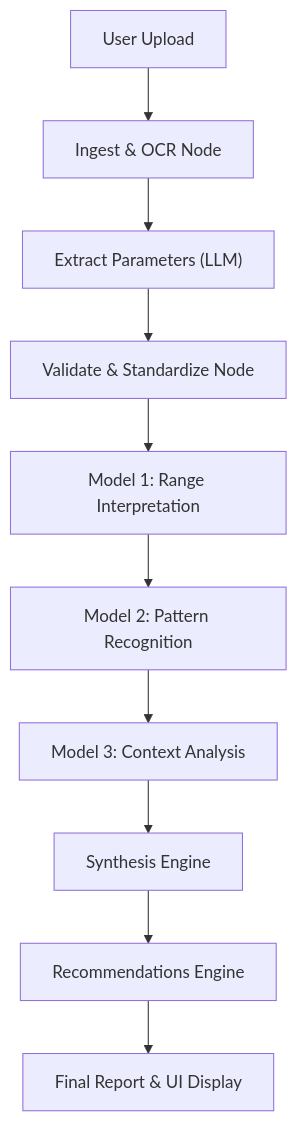
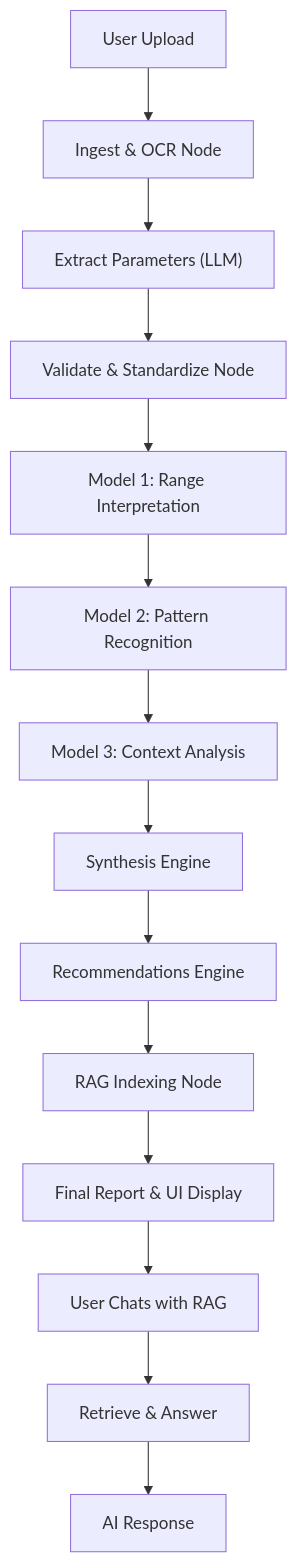
One commit to Likithsatya192/Multi-Model-AI-Agent-for-Health-Diagnostics changed the diagram in README.md. Above: the diagram before and after it, drawn with Mermaid. The commit also changed other lines of this file, not shown here.

Commit message:
feat(rag+ui): optimize RAG pipeline with full context injection and enhanced UI

````diff
--- a/README.md
+++ b/README.md
@@ -51,16 +52,21 @@
 ```mermaid
 graph TD
     Start[User Upload] --> Ingest[Ingest & OCR Node]
     Ingest --> Extract["Extract Parameters (LLM)"]
     
     Extract --> Validate[Validate & Standardize Node]
     Validate --> Interpret[Model 1: Range Interpretation]
     
     Interpret --> Pattern[Model 2: Pattern Recognition]
     Pattern --> Context[Model 3: Context Analysis]
     
     Context --> Synthesis[Synthesis Engine]
     Synthesis --> Recs[Recommendations Engine]
     
-    Recs --> End[Final Report & UI Display]
+    Recs --> RAG_Index[RAG Indexing Node] 
+    RAG_Index --> End[Final Report & UI Display]
+
+    End --> Chat[User Chats with RAG]
+    Chat --> RAG_Retrieval[Retrieve & Answer]
+    RAG_Retrieval --> ChatResponse[AI Response]
 ```
````
